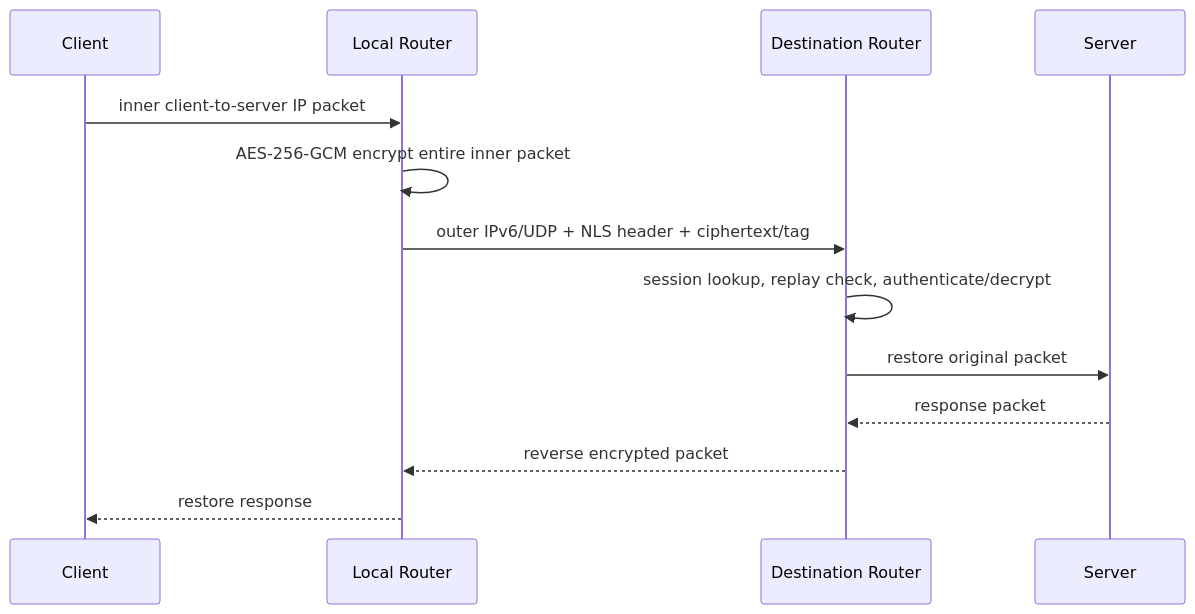
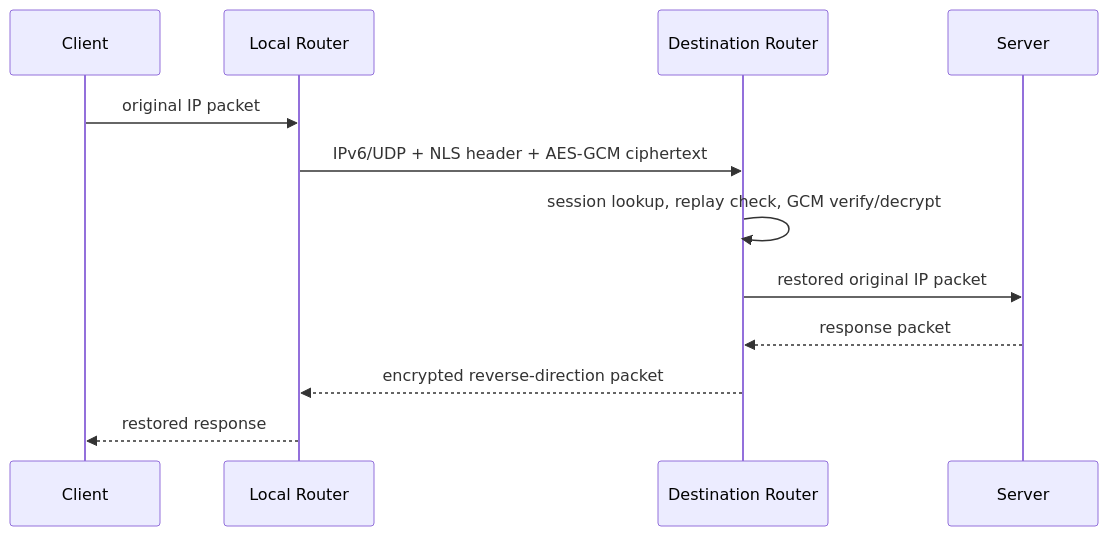
One commit to TamilSelvam22112003/Nls-NexOS-Core-v0.1.1 changed the fifth of 6 diagrams in docs/ARCHITECTURE.md. Above: the diagram before and after it, drawn with Mermaid. The commit also changed other lines of this file, not shown here.

Commit message:
docs: freeze NLS v0.1.1 protocol contract

````diff
--- a/docs/ARCHITECTURE.md
+++ b/docs/ARCHITECTURE.md
@@ -72,15 +68,14 @@
 ```mermaid
 sequenceDiagram
- participant C as Client
- participant A as Local Router
- participant B as Destination Router
- participant S as Server
- C->>A: inner client-to-server IP packet
- A->>A: AES-256-GCM encrypt entire inner packet
- A->>B: outer IPv6/UDP + NLS header + ciphertext/tag
- B->>B: session lookup, replay check, authenticate/decrypt
- B->>S: restore original packet
- S-->>B: response packet
- B-->>A: reverse encrypted packet
- A-->>C: restore response
+  participant C as Client
+  participant I as Local Router
+  participant R as Destination Router
+  participant S as Server
+  C->>I: original IP packet
+  I->>R: IPv6/UDP + NLS header + AES-GCM ciphertext
+  R->>R: session lookup, replay check, GCM verify/decrypt
+  R->>S: restored original IP packet
+  S-->>R: response packet
+  R-->>I: encrypted reverse-direction packet
+  I-->>C: restored response
 ```
````
